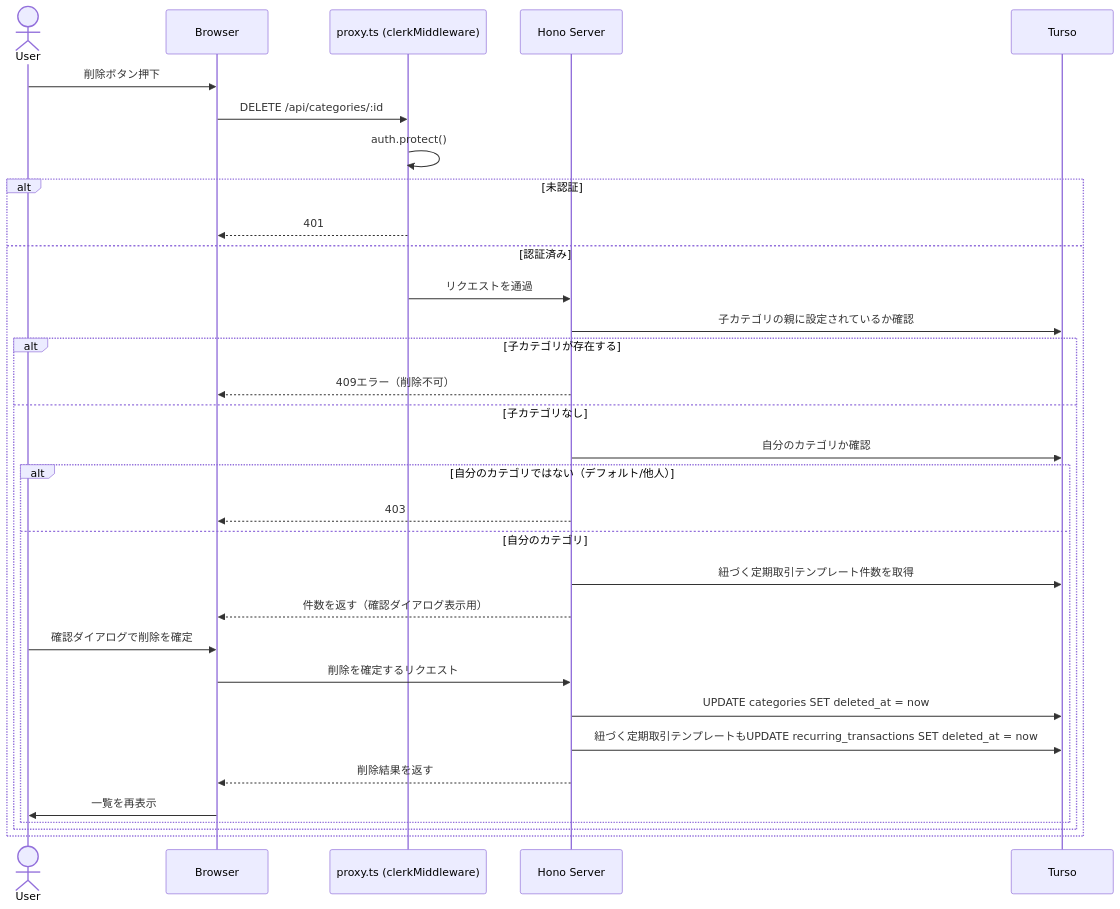
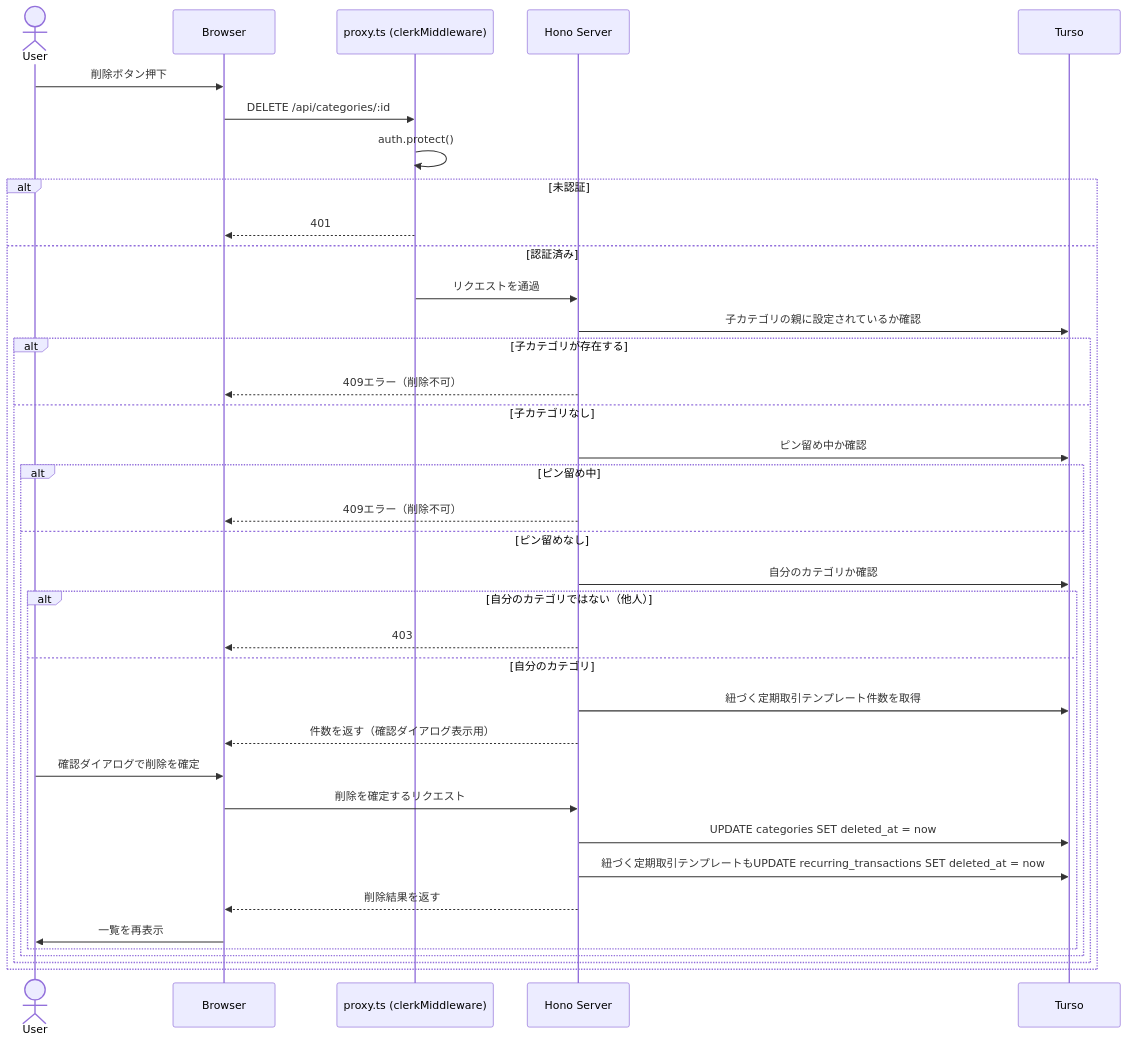
The sixth of 7 diagrams in docs/specs/features/categories.md (toshiki-s1892/my-kakeibo-app), drawn with Mermaid before and after one commit. The commit also changed other lines of this file and 101 other files, not shown here.

````diff
--- a/docs/specs/features/categories.md
+++ b/docs/specs/features/categories.md
@@ -241,35 +238,40 @@
 ```mermaid
 sequenceDiagram
     actor User
     participant Browser
     participant Proxy as proxy.ts (clerkMiddleware)
     participant Server as Hono Server
     participant DB as Turso
 
     User->>Browser: 削除ボタン押下
     Browser->>Proxy: DELETE /api/categories/:id
     Proxy->>Proxy: auth.protect()
     alt 未認証
         Proxy-->>Browser: 401
     else 認証済み
         Proxy->>Server: リクエストを通過
         Server->>DB: 子カテゴリの親に設定されているか確認
         alt 子カテゴリが存在する
             Server-->>Browser: 409エラー（削除不可）
         else 子カテゴリなし
-            Server->>DB: 自分のカテゴリか確認
-            alt 自分のカテゴリではない（デフォルト/他人）
-                Server-->>Browser: 403
-            else 自分のカテゴリ
-                Server->>DB: 紐づく定期取引テンプレート件数を取得
-                Server-->>Browser: 件数を返す（確認ダイアログ表示用）
-                User->>Browser: 確認ダイアログで削除を確定
-                Browser->>Server: 削除を確定するリクエスト
-                Server->>DB: UPDATE categories SET deleted_at = now
-                Server->>DB: 紐づく定期取引テンプレートもUPDATE recurring_transactions SET deleted_at = now
-                Server-->>Browser: 削除結果を返す
-                Browser->>User: 一覧を再表示
+            Server->>DB: ピン留め中か確認
+            alt ピン留め中
+                Server-->>Browser: 409エラー（削除不可）
+            else ピン留めなし
+                Server->>DB: 自分のカテゴリか確認
+                alt 自分のカテゴリではない（他人）
+                    Server-->>Browser: 403
+                else 自分のカテゴリ
+                    Server->>DB: 紐づく定期取引テンプレート件数を取得
+                    Server-->>Browser: 件数を返す（確認ダイアログ表示用）
+                    User->>Browser: 確認ダイアログで削除を確定
+                    Browser->>Server: 削除を確定するリクエスト
+                    Server->>DB: UPDATE categories SET deleted_at = now
+                    Server->>DB: 紐づく定期取引テンプレートもUPDATE recurring_transactions SET deleted_at = now
+                    Server-->>Browser: 削除結果を返す
+                    Browser->>User: 一覧を再表示
+                end
             end
         end
     end
 ```
````
